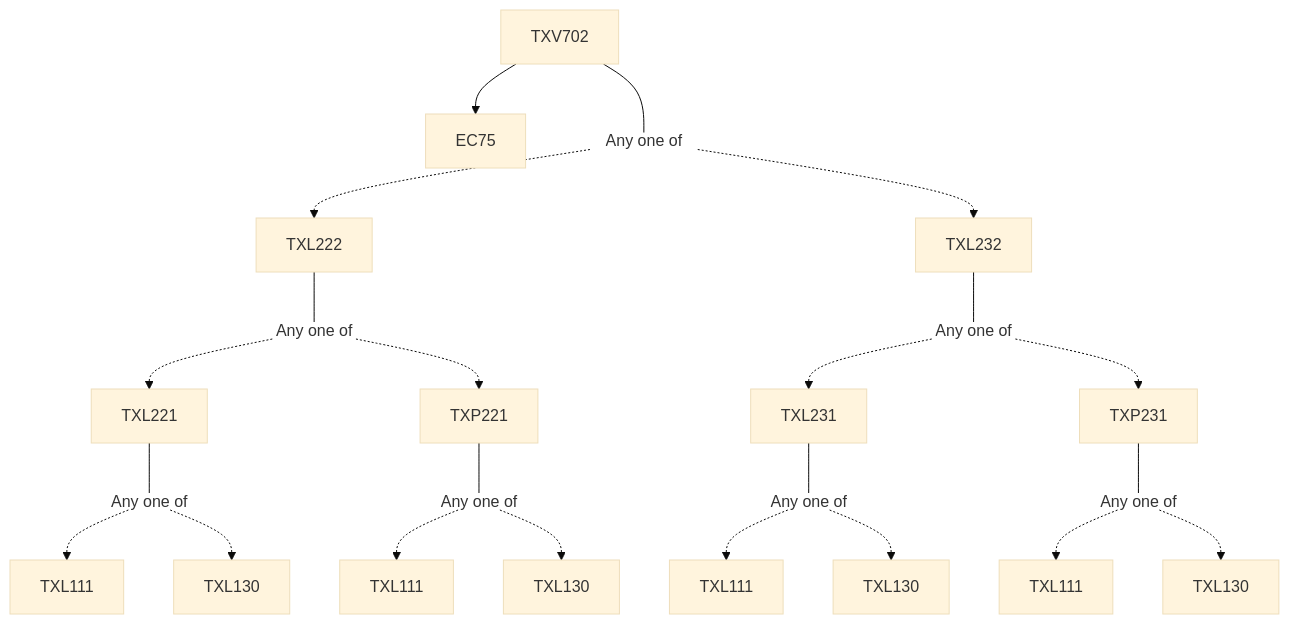
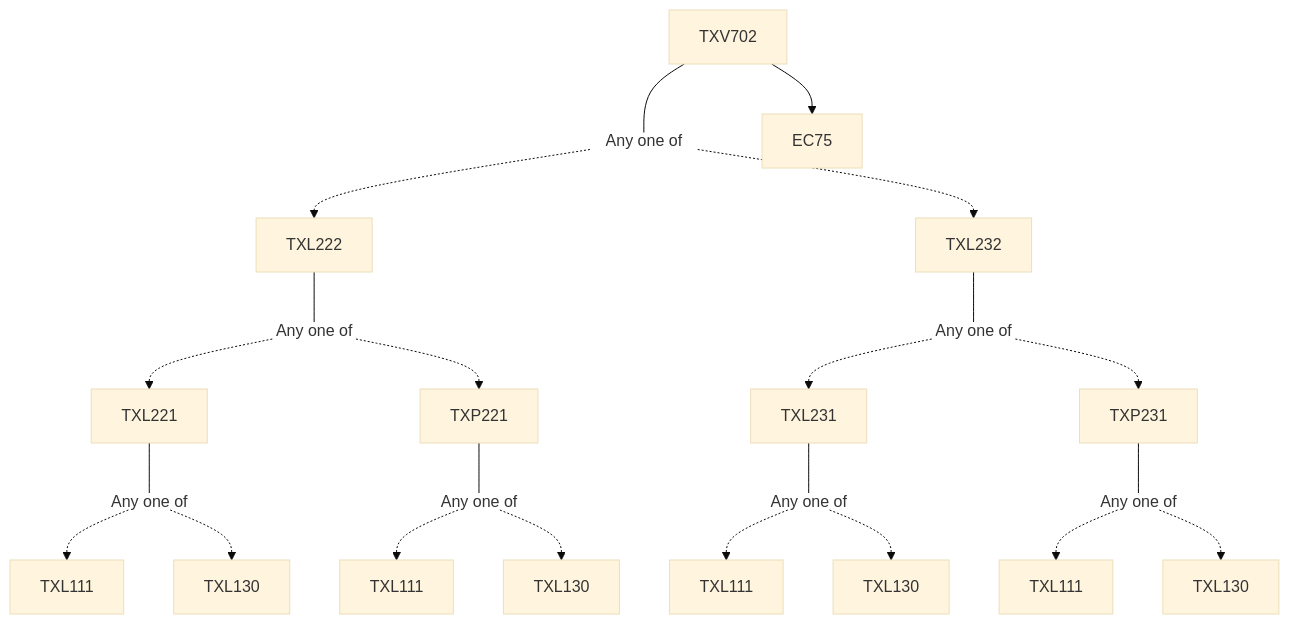
The diagram in content/Textile and Fibre Engineering/TXV702.md (KeshavBansal0122/CoS_Website), drawn with Mermaid (base theme) before and after one commit. The commit also changed other lines of this file and 2662 other files, not shown here.

````diff
--- a/content/Textile and Fibre Engineering/TXV702.md
+++ b/content/Textile and Fibre Engineering/TXV702.md
@@ -13,29 +13,29 @@
 ```mermaid
 flowchart TD
 TXV702-1996[TXV702]
-TXV702-1996 --> EC75-1996[EC75]
 TXV702-1996 --- Or1997[Any one of]:::empty
 Or1997 -.-> TXL222-1998[TXL222]
 TXL222-1998 --- Or1999[Any one of]:::empty
 Or1999 -.-> TXL221-2000[TXL221]
 TXL221-2000 --- Or2001[Any one of]:::empty
 Or2001 -.-> TXL111-2002[TXL111]
 Or2001 -.-> TXL130-2003[TXL130]
+Or1999 -.-> TXP221-2004[TXP221]
 TXP221-2004 --- Or2005[Any one of]:::empty
 Or2005 -.-> TXL111-2006[TXL111]
 Or2005 -.-> TXL130-2007[TXL130]
-Or1999 -.-> TXP221-2004[TXP221]
-Or1997 -.-> TXL232-2008[TXL232]
 TXL232-2008 --- Or2009[Any one of]:::empty
+Or2009 -.-> TXL231-2010[TXL231]
 TXL231-2010 --- Or2011[Any one of]:::empty
 Or2011 -.-> TXL111-2012[TXL111]
 Or2011 -.-> TXL130-2013[TXL130]
-Or2009 -.-> TXL231-2010[TXL231]
-Or2009 -.-> TXP231-2014[TXP231]
 TXP231-2014 --- Or2015[Any one of]:::empty
 Or2015 -.-> TXL111-2016[TXL111]
 Or2015 -.-> TXL130-2017[TXL130]
+Or2009 -.-> TXP231-2014[TXP231]
+Or1997 -.-> TXL232-2008[TXL232]
+TXV702-1996 --> EC75-1996[EC75]
 
 classDef empty height:17px, fill:transparent, stroke:transparent;
 classDef trueEmpty height:0px, width:0px;
 ```
````
